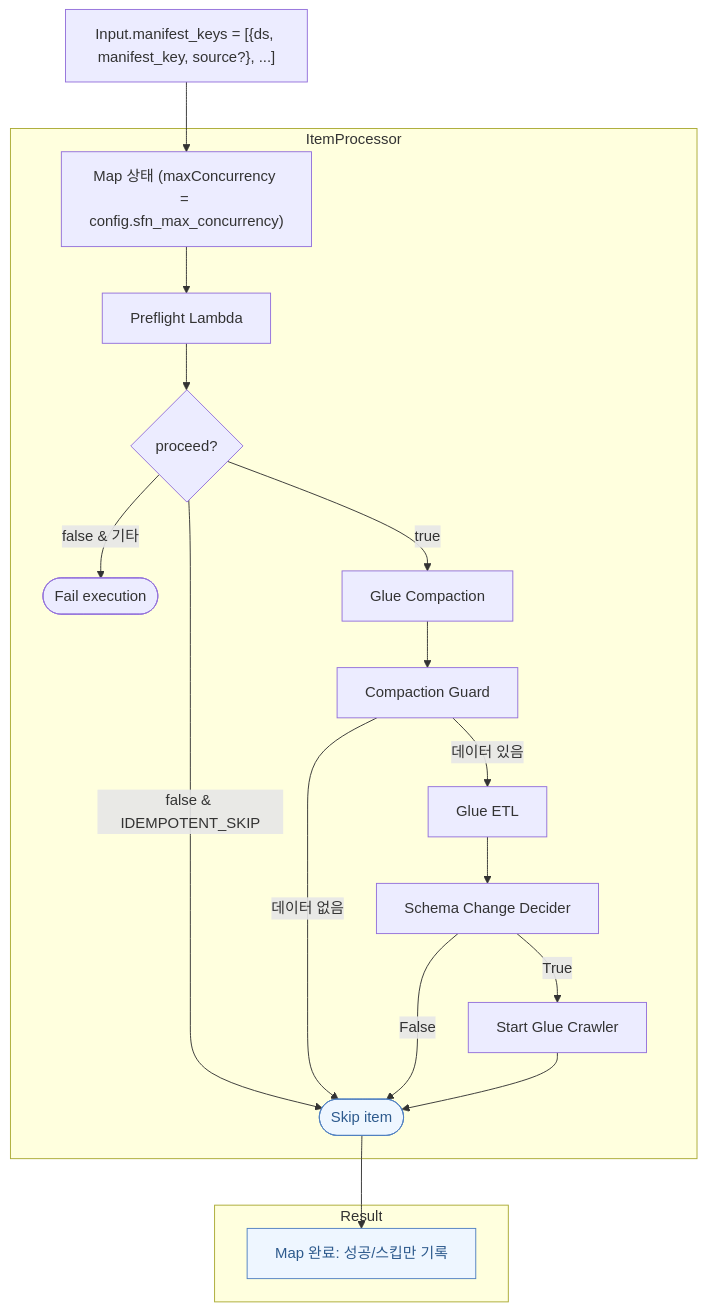
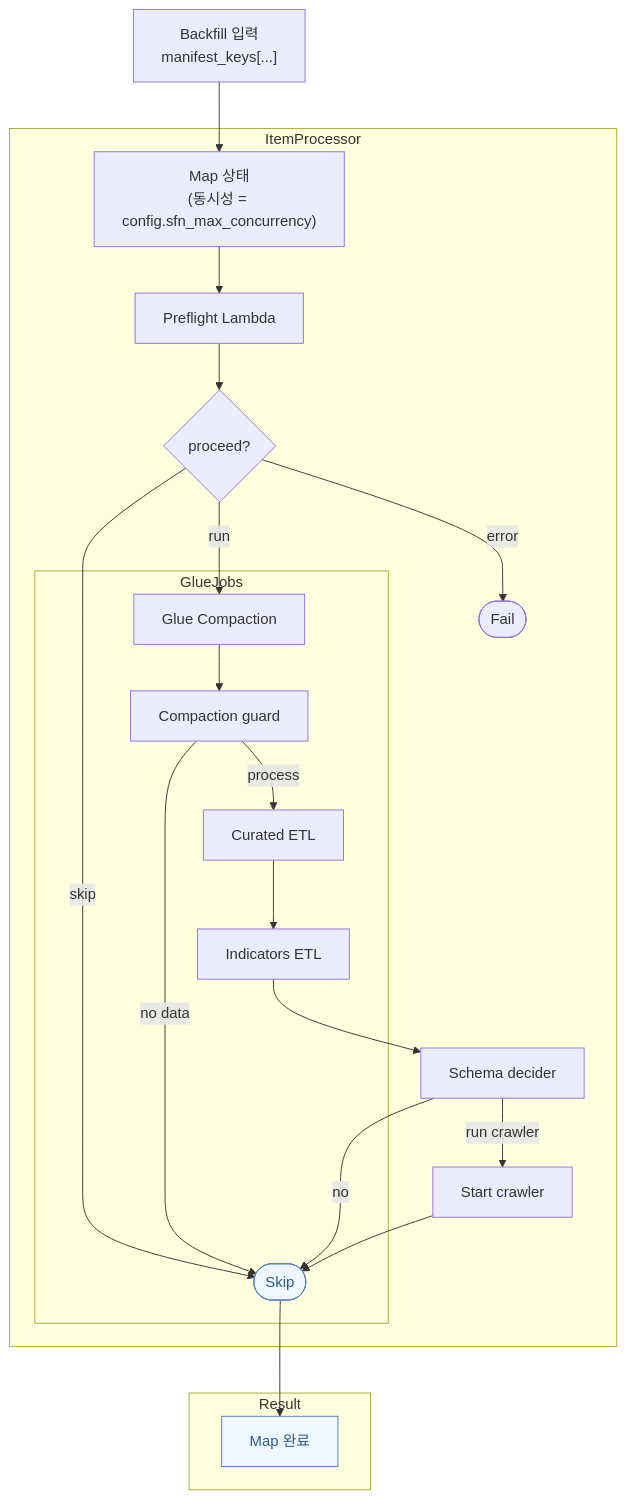
The diagram in docs/diagrams/transform/05-backfill-map.md (keemgdeok/fin-forge-pipeline), drawn with Mermaid before and after one commit. The commit also changed 17 other files, not shown here.

Commit message:
feat: update transform docs/diagram

````diff
--- a/docs/diagrams/transform/05-backfill-map.md
+++ b/docs/diagrams/transform/05-backfill-map.md
@@ -1,26 +1,29 @@
 ```mermaid
 flowchart TD
-  A["Input.manifest_keys = [{ds, manifest_key, source?}, ...]"] --> M["Map 상태 (maxConcurrency = config.sfn_max_concurrency)"]
+  A["Backfill 입력<br/>manifest_keys[...]"] --> M["Map 상태<br/>(동시성 = config.sfn_max_concurrency)"]
 
   subgraph ItemProcessor
     M --> P["Preflight Lambda"]
     P --> D{proceed?}
-    D -->|false & IDEMPOTENT_SKIP| SKIP(["Skip item"])
-    D -->|false & 기타| FAIL(["Fail execution"])
-    D -->|true| COMP["Glue Compaction"]
-    COMP --> GUARD["Compaction Guard"]
-    GUARD -->|데이터 없음| SKIP
-    GUARD -->|데이터 있음| ETL["Glue ETL"]
-    ETL --> DECIDE["Schema Change Decider"]
-    DECIDE -->|True| CRAWLER["Start Glue Crawler"]
-    DECIDE -->|False| SKIP
+    D -->|skip| SKIP(["Skip"])
+    D -->|error| FAIL(["Fail"])
+    D -->|run| COMP["Glue Compaction"]
+    subgraph GlueJobs
+      COMP --> GUARD["Compaction guard"]
+      GUARD -->|no data| SKIP
+      GUARD -->|process| ETL["Curated ETL"]
+      ETL --> IND["Indicators ETL"]
+    end
+    IND --> DECIDE["Schema decider"]
+    DECIDE -->|run crawler| CRAWLER["Start crawler"]
+    DECIDE -->|no| SKIP
     CRAWLER --> SKIP
   end
 
   subgraph Result
-    SKIP --> Z["Map 완료: 성공/스킵만 기록"]
+    SKIP --> Z["Map 완료"]
   end
 
   classDef skip fill:#eef6ff,stroke:#5080c1,color:#2d5a8d;
   class SKIP,Z skip;
 ```
````
